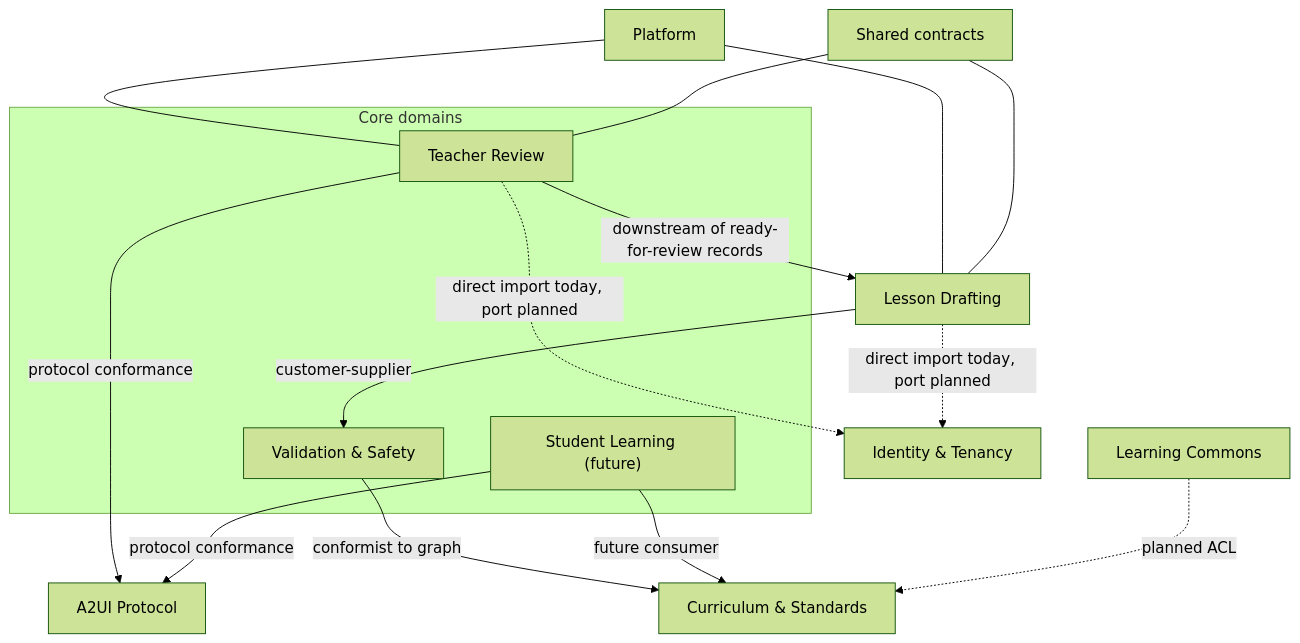
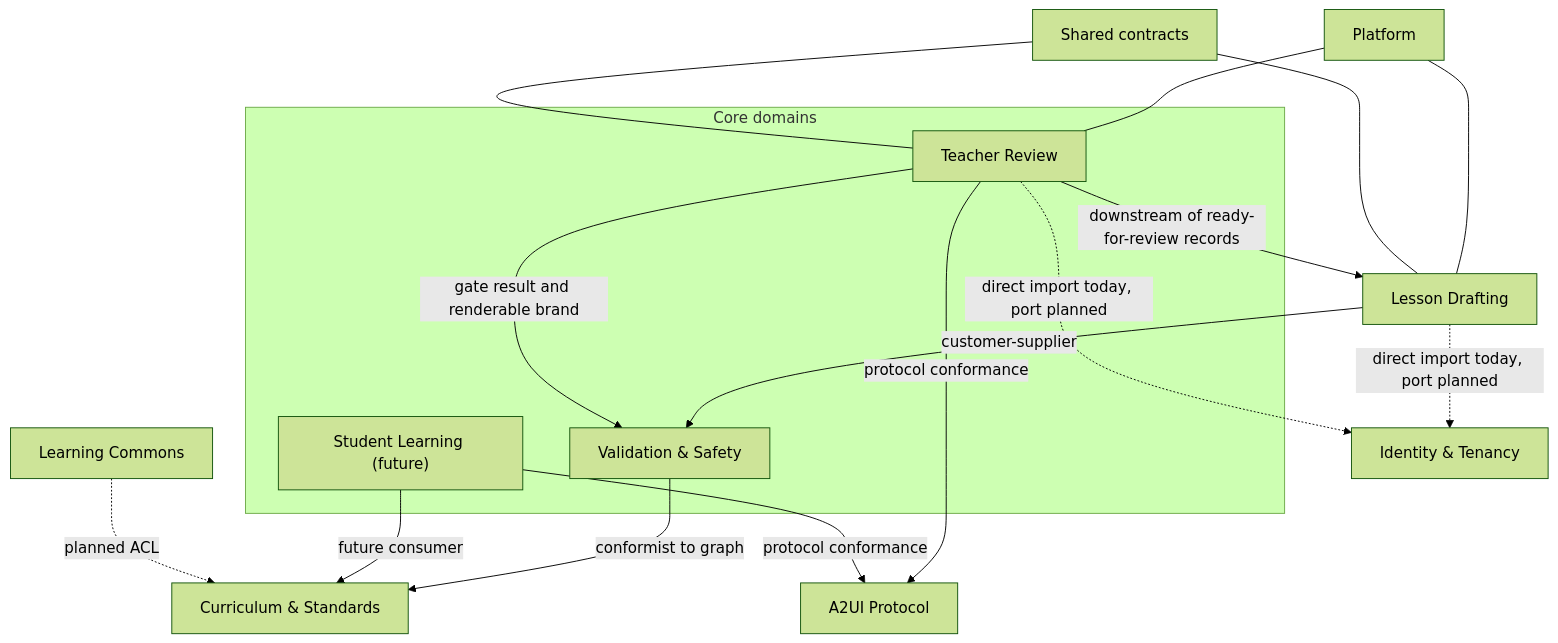
Before and after one commit to abodacs/edu-canvas: the second of 3 diagrams in ARCHITECTURE.md, drawn with Mermaid (forest theme). The commit also changed other lines of this file and 26 other files, not shown here.

````diff
--- a/ARCHITECTURE.md
+++ b/ARCHITECTURE.md
@@ -118,21 +118,22 @@
 ```mermaid
 flowchart TB
     subgraph core["Core domains"]
         V["Validation & Safety"]
         R["Teacher Review"]
         S["Student Learning (future)"]
     end
     D["Lesson Drafting"] -->|customer-supplier| V
     V -->|conformist to graph| C["Curriculum & Standards"]
     S -->|future consumer| C
     R -->|downstream of ready-for-review records| D
+    R -->|gate result and renderable brand| V
     R -->|protocol conformance| A["A2UI Protocol"]
     S -->|protocol conformance| A
     LC["Learning Commons"] -.->|planned ACL| C
     D -.->|direct import today, port planned| I["Identity & Tenancy"]
     R -.->|direct import today, port planned| I
     P["Platform"] --- D
     P --- R
     SH["Shared contracts"] --- D
     SH --- R
 ```
````
